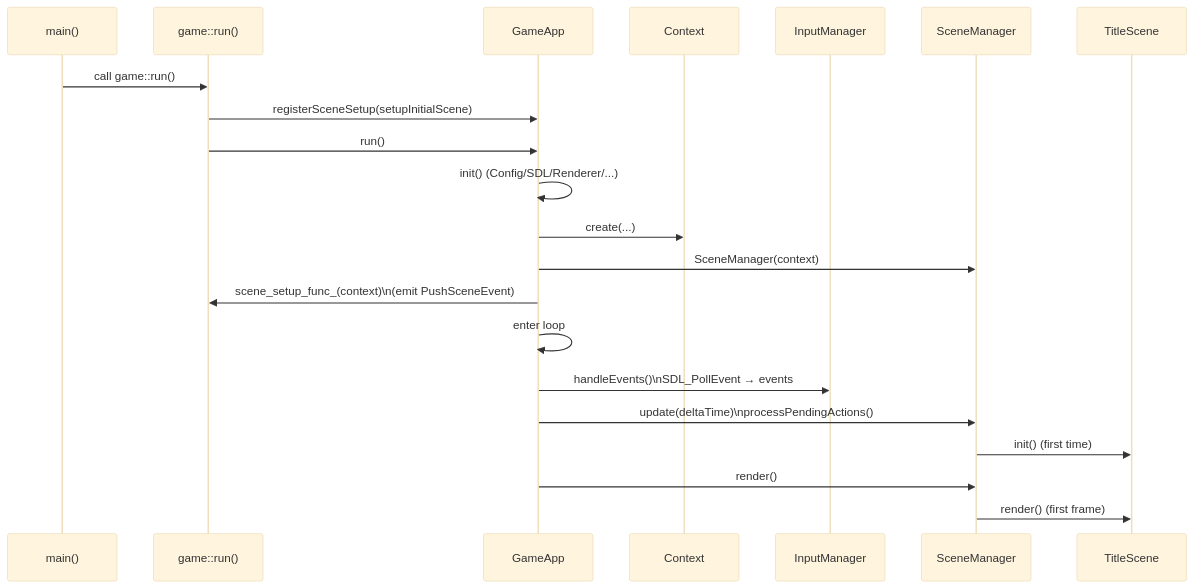
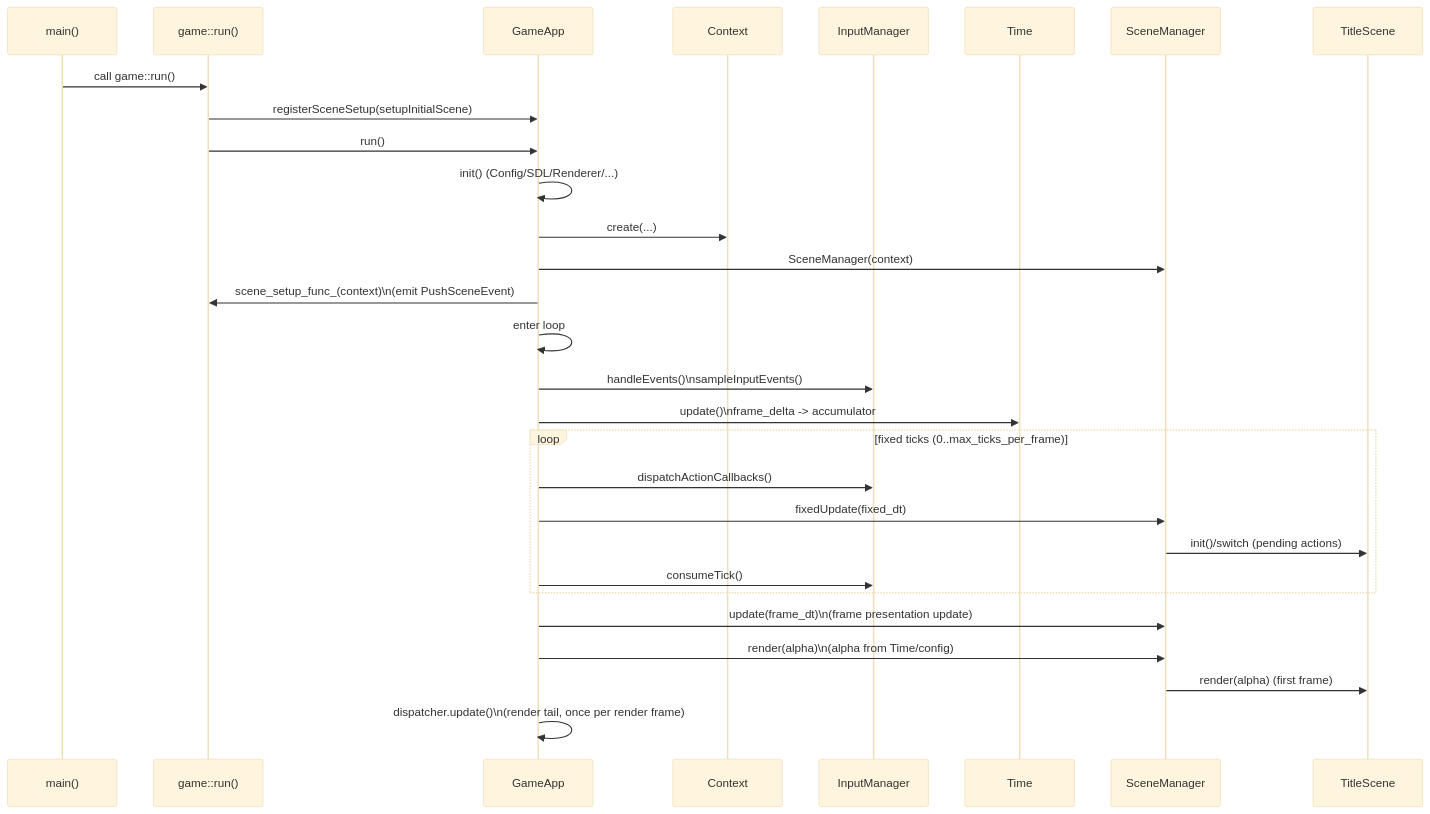
One commit to WispSnow/TinyFarmRPG changed the first of 2 diagrams in docs/entry_to_first_frame.md. Above: the diagram before and after it, drawn with Mermaid (base theme). The commit also changed other lines of this file and 9 other files, not shown here.

````diff
--- a/docs/entry_to_first_frame.md
+++ b/docs/entry_to_first_frame.md
@@ -6,24 +6,32 @@
 ```mermaid
 sequenceDiagram
   participant Main as main()
   participant Entry as game::run()
   participant App as GameApp
   participant Ctx as Context
   participant Input as InputManager
+  participant Time as Time
   participant SM as SceneManager
   participant Scene as TitleScene
 
   Main->>Entry: call game::run()
   Entry->>App: registerSceneSetup(setupInitialScene)
   Entry->>App: run()
   App->>App: init() (Config/SDL/Renderer/...)
   App->>Ctx: create(...)
   App->>SM: SceneManager(context)
   App->>Entry: scene_setup_func_(context)\n(emit PushSceneEvent)
   App->>App: enter loop
-  App->>Input: handleEvents()\nSDL_PollEvent → events
-  App->>SM: update(deltaTime)\nprocessPendingActions()
-  SM->>Scene: init() (first time)
-  App->>SM: render()
-  SM->>Scene: render() (first frame)
+  App->>Input: handleEvents()\nsampleInputEvents()
+  App->>Time: update()\nframe_delta -> accumulator
+  loop fixed ticks (0..max_ticks_per_frame)
+    App->>Input: dispatchActionCallbacks()
+    App->>SM: fixedUpdate(fixed_dt)
+    SM->>Scene: init()/switch (pending actions)
+    App->>Input: consumeTick()
+  end
+  App->>SM: update(frame_dt)\n(frame presentation update)
+  App->>SM: render(alpha)\n(alpha from Time/config)
+  SM->>Scene: render(alpha) (first frame)
+  App->>App: dispatcher.update()\n(render tail, once per render frame)
 ```
````
